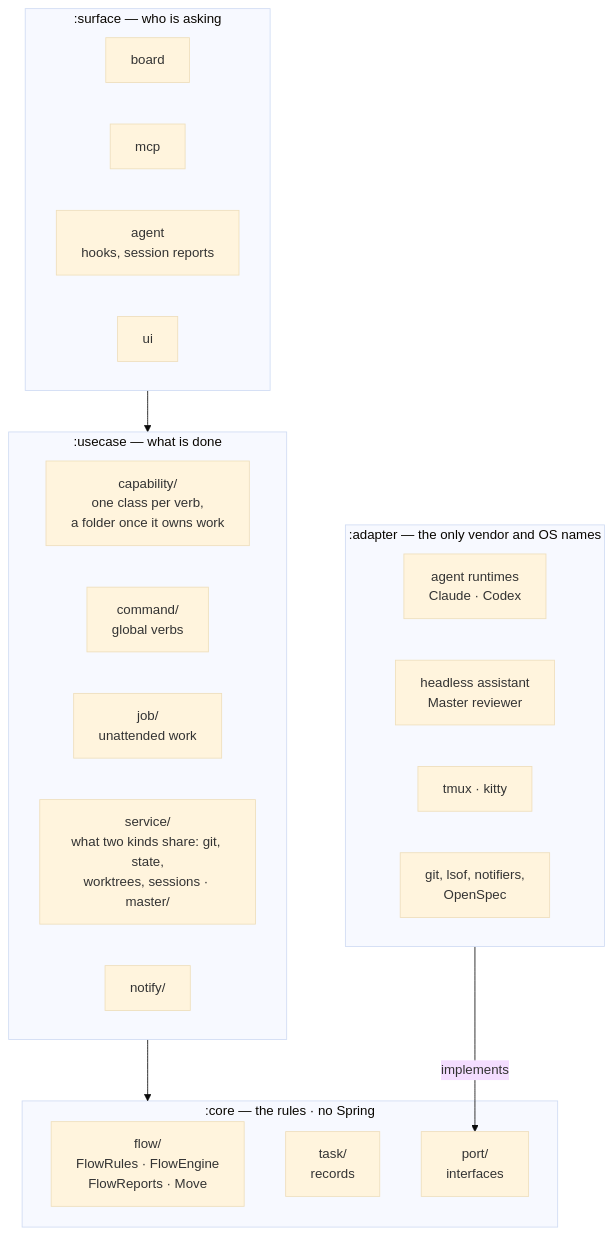
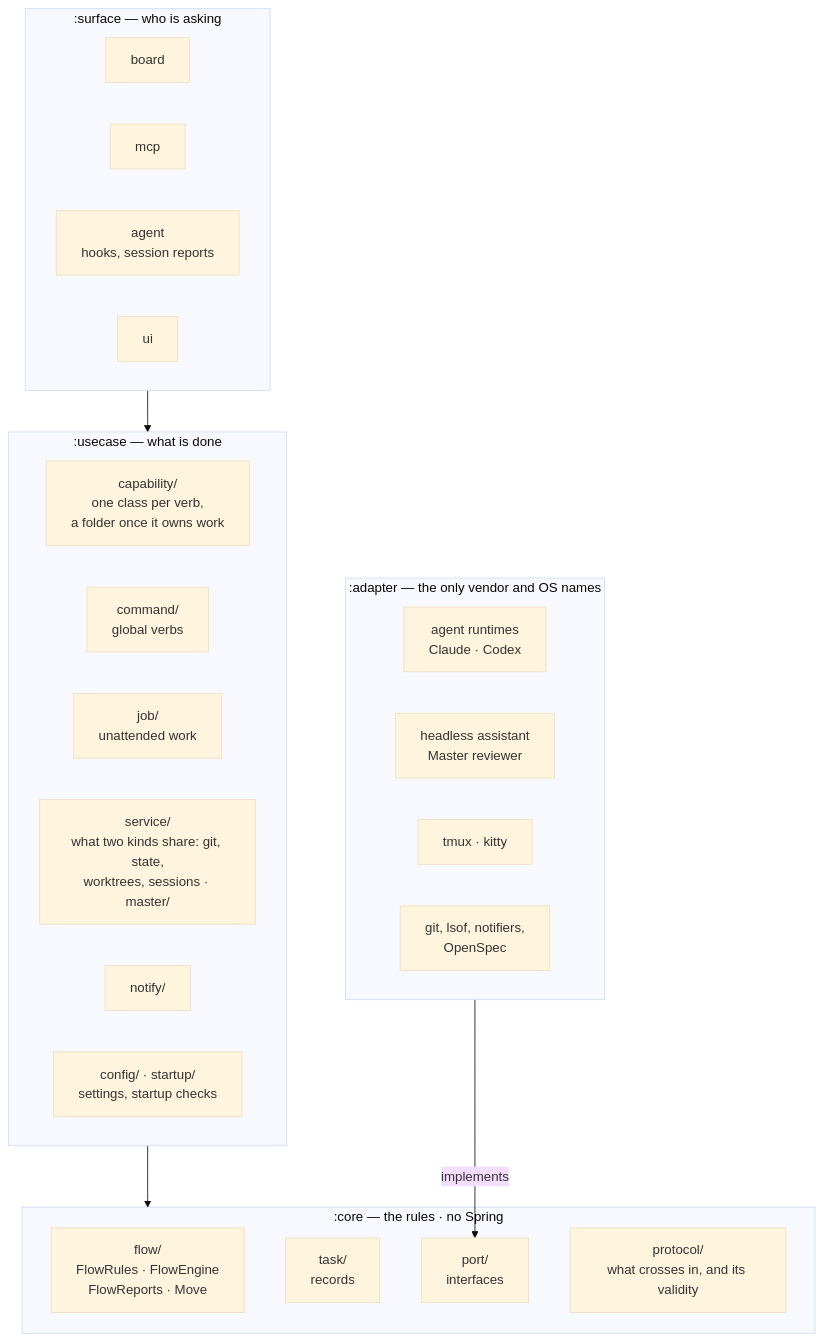
One commit to GulDmitry/jagt changed the third of 6 diagrams in docs/c4.md. Above: the diagram before and after it, drawn with Mermaid (base theme). The commit also changed 2 other files, not shown here.

Commit message:
ARCHITECTURE named a deleted ui/confirm, left RingsTest's task/ and port/ asserts out and said Facts.projected assumes not live; c4 drew no protocol/, config/ or startup/; components.md called the backend process the Master a line before the Master's token; each now says what is true, the RingsTest bullet compressed to fit

````diff
--- a/docs/c4.md
+++ b/docs/c4.md
@@ -85,27 +85,29 @@
 ```mermaid
 flowchart TB
     subgraph surface[":surface — who is asking"]
         sb["board"]; sm["mcp"]; sa["agent<br/>hooks, session reports"]; su["ui"]
     end
     subgraph usecase[":usecase — what is done"]
         cap["capability/<br/>one class per verb,<br/>a folder once it owns work"]
         cmd["command/<br/>global verbs"]
         job["job/<br/>unattended work"]
         svc["service/<br/>what two kinds share: git, state,<br/>worktrees, sessions · master/"]
         ntf["notify/"]
+        cfg["config/ · startup/<br/>settings, startup checks"]
     end
     subgraph core[":core — the rules · no Spring"]
         flow["flow/<br/>FlowRules · FlowEngine<br/>FlowReports · Move"]
         task["task/<br/>records"]
         port["port/<br/>interfaces"]
+        proto["protocol/<br/>what crosses in, and its validity"]
     end
     subgraph adapter[":adapter — the only vendor and OS names"]
         ar["agent runtimes<br/>Claude · Codex"]
         as["headless assistant<br/>Master reviewer"]
         tx["tmux · kitty"]
         os["git, lsof, notifiers,<br/>OpenSpec"]
     end
 
     surface --> usecase --> core
     adapter -- "implements" --> port
 ```
````
